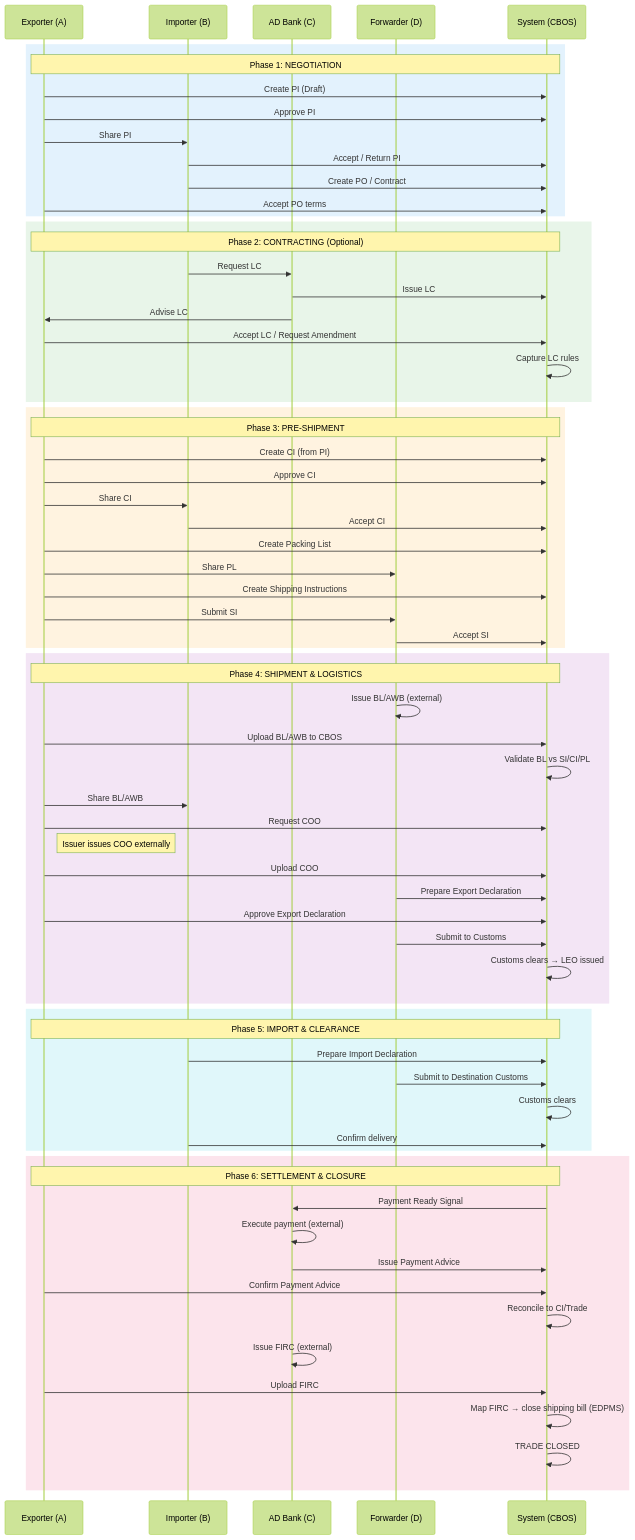
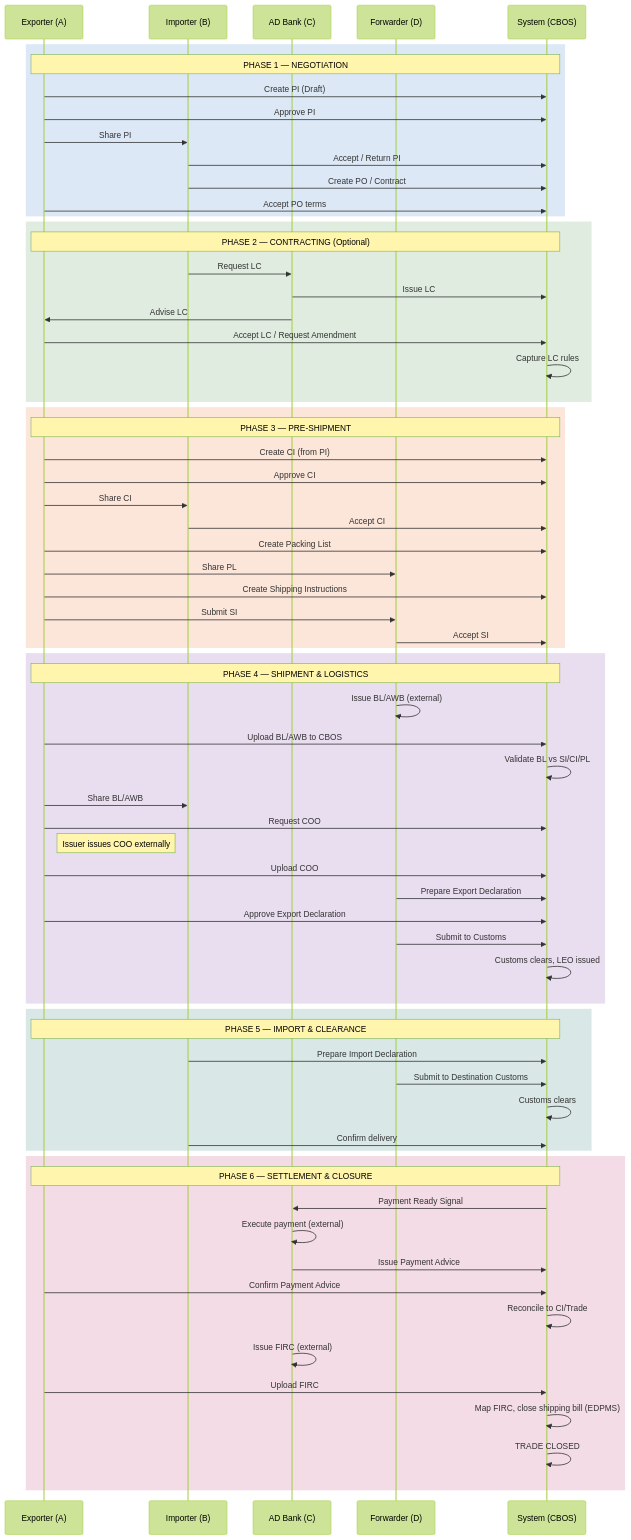
One commit to saikat-manna/cbos-pt changed the fourth of 18 diagrams in docs/CBOS_Trade_Flow_Diagrams.md. Above: the diagram before and after it, drawn with Mermaid (forest theme).

Commit message:
Fix swim lane diagram readability with contrasting colors
Changed rect backgrounds from opaque pastel fills to semi-transparent
rgba overlays (15% opacity) so text and arrows remain clearly readable
against the lighter backgrounds. Also fixed arrow characters that could
cause rendering issues.

````diff
--- a/docs/CBOS_Trade_Flow_Diagrams.md
+++ b/docs/CBOS_Trade_Flow_Diagrams.md
@@ -132,76 +132,76 @@
 ```mermaid
 sequenceDiagram
     participant A as Exporter (A)
     participant B as Importer (B)
     participant C as AD Bank (C)
     participant D as Forwarder (D)
     participant S as System (CBOS)
 
-    rect rgb(227, 242, 253)
-        Note over A,S: Phase 1: NEGOTIATION
+    rect rgba(21, 101, 192, 0.15)
+        Note over A,S: PHASE 1 — NEGOTIATION
         A->>S: Create PI (Draft)
         A->>S: Approve PI
         A->>B: Share PI
         B->>S: Accept / Return PI
         B->>S: Create PO / Contract
         A->>S: Accept PO terms
     end
 
-    rect rgb(232, 245, 233)
-        Note over A,S: Phase 2: CONTRACTING (Optional)
+    rect rgba(46, 125, 50, 0.15)
+        Note over A,S: PHASE 2 — CONTRACTING (Optional)
         B->>C: Request LC
         C->>S: Issue LC
         C->>A: Advise LC
         A->>S: Accept LC / Request Amendment
         S->>S: Capture LC rules
     end
 
-    rect rgb(255, 243, 224)
-        Note over A,S: Phase 3: PRE-SHIPMENT
+    rect rgba(230, 81, 0, 0.15)
+        Note over A,S: PHASE 3 — PRE-SHIPMENT
         A->>S: Create CI (from PI)
         A->>S: Approve CI
         A->>B: Share CI
         B->>S: Accept CI
         A->>S: Create Packing List
         A->>D: Share PL
         A->>S: Create Shipping Instructions
         A->>D: Submit SI
         D->>S: Accept SI
     end
 
-    rect rgb(243, 229, 245)
-        Note over A,S: Phase 4: SHIPMENT & LOGISTICS
+    rect rgba(106, 27, 154, 0.15)
+        Note over A,S: PHASE 4 — SHIPMENT & LOGISTICS
         D->>D: Issue BL/AWB (external)
         A->>S: Upload BL/AWB to CBOS
         S->>S: Validate BL vs SI/CI/PL
         A->>B: Share BL/AWB
         A->>S: Request COO
         Note right of A: Issuer issues COO externally
         A->>S: Upload COO
         D->>S: Prepare Export Declaration
         A->>S: Approve Export Declaration
         D->>S: Submit to Customs
-        S->>S: Customs clears → LEO issued
+        S->>S: Customs clears, LEO issued
     end
 
-    rect rgb(224, 247, 250)
-        Note over A,S: Phase 5: IMPORT & CLEARANCE
+    rect rgba(0, 105, 92, 0.15)
+        Note over A,S: PHASE 5 — IMPORT & CLEARANCE
         B->>S: Prepare Import Declaration
         D->>S: Submit to Destination Customs
         S->>S: Customs clears
         B->>S: Confirm delivery
     end
 
-    rect rgb(252, 228, 236)
-        Note over A,S: Phase 6: SETTLEMENT & CLOSURE
+    rect rgba(173, 20, 87, 0.15)
+        Note over A,S: PHASE 6 — SETTLEMENT & CLOSURE
         S->>C: Payment Ready Signal
         C->>C: Execute payment (external)
         C->>S: Issue Payment Advice
         A->>S: Confirm Payment Advice
         S->>S: Reconcile to CI/Trade
         C->>C: Issue FIRC (external)
         A->>S: Upload FIRC
-        S->>S: Map FIRC → close shipping bill (EDPMS)
+        S->>S: Map FIRC, close shipping bill (EDPMS)
         S->>S: TRADE CLOSED
     end
 ```
````
